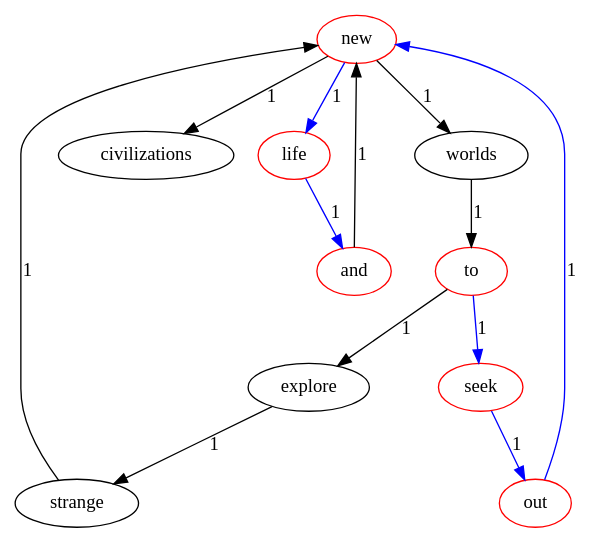
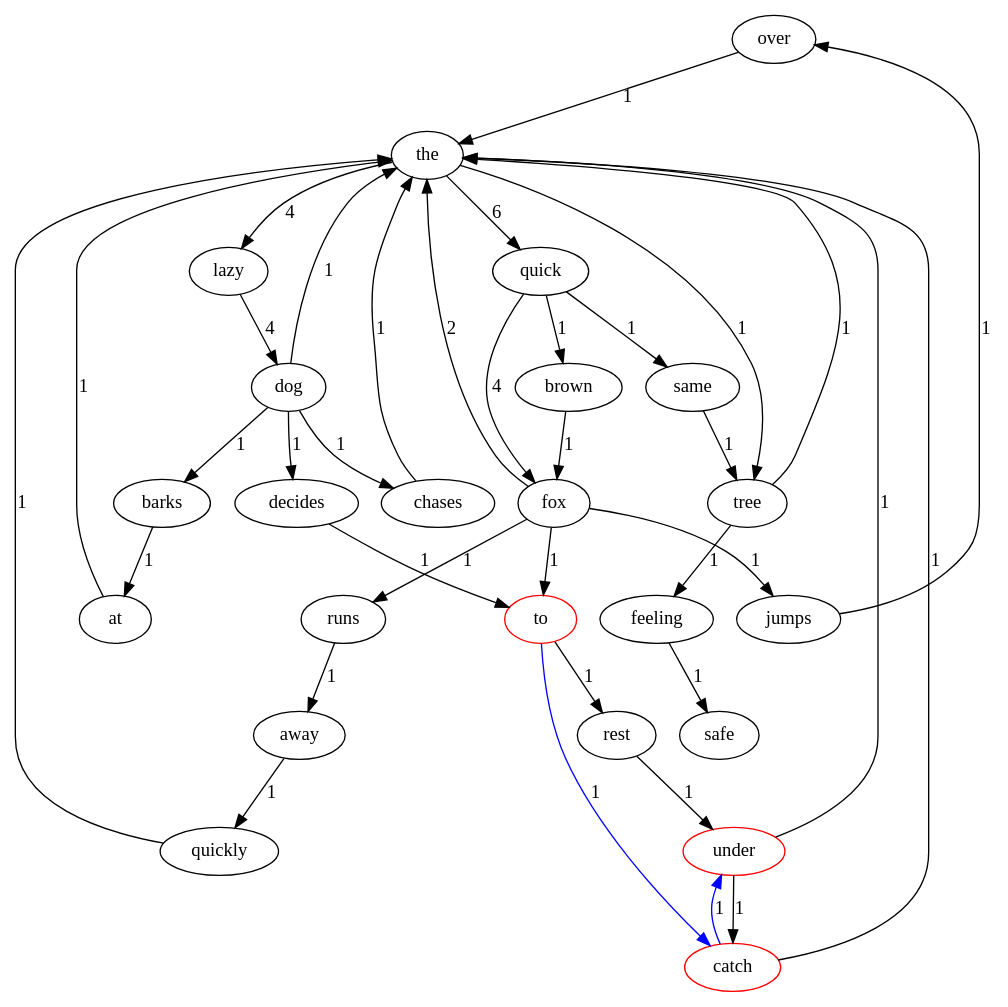
The diagram in shortest_pathto2.gv (coke1234567/Lab1-2021111647), drawn with Graphviz before and after one commit. The commit also changed 6 other files, not shown here.

```diff
--- a/shortest_pathto2.gv
+++ b/shortest_pathto2.gv
@@ -1,24 +1,61 @@
 digraph G{
-new [color=red];
-worlds;
-explore;
-and [color=red];
+over;
+rest;
+quick;
+away;
+lazy;
+quickly;
+decides;
+tree;
+jumps;
+barks;
+feeling;
+brown;
+fox;
+the;
+chases;
+same;
+at;
+safe;
 to [color=red];
-civilizations;
-seek [color=red];
-life [color=red];
-strange;
-out [color=red];
-new->worlds[label=1];
-new->civilizations[label=1];
-new->life[label=1, color=blue];
-worlds->to[label=1];
-explore->strange[label=1];
-and->new[label=1];
-to->explore[label=1];
-to->seek[label=1, color=blue];
-seek->out[label=1, color=blue];
-strange->new[label=1];
-life->and[label=1, color=blue];
-out->new[label=1, color=blue];
+catch [color=red];
+under [color=red];
+dog;
+runs;
+over->the[label=1];
+rest->under[label=1];
+quick->same[label=1];
+quick->brown[label=1];
+quick->fox[label=4];
+away->quickly[label=1];
+lazy->dog[label=4];
+quickly->the[label=1];
+decides->to[label=1];
+tree->the[label=1];
+tree->feeling[label=1];
+jumps->over[label=1];
+barks->at[label=1];
+feeling->safe[label=1];
+brown->fox[label=1];
+fox->the[label=2];
+fox->jumps[label=1];
+fox->to[label=1];
+fox->runs[label=1];
+the->quick[label=6];
+the->lazy[label=4];
+the->tree[label=1];
+chases->the[label=1];
+at->the[label=1];
+same->tree[label=1];
+to->rest[label=1];
+to->catch[label=1, color=blue];
+catch->the[label=1];
+catch->under[label=1, color=blue];
+under->the[label=1];
+under->catch[label=1];
+dog->the[label=1];
+dog->chases[label=1];
+dog->decides[label=1];
+dog->barks[label=1];
+runs->away[label=1];
 }
```
